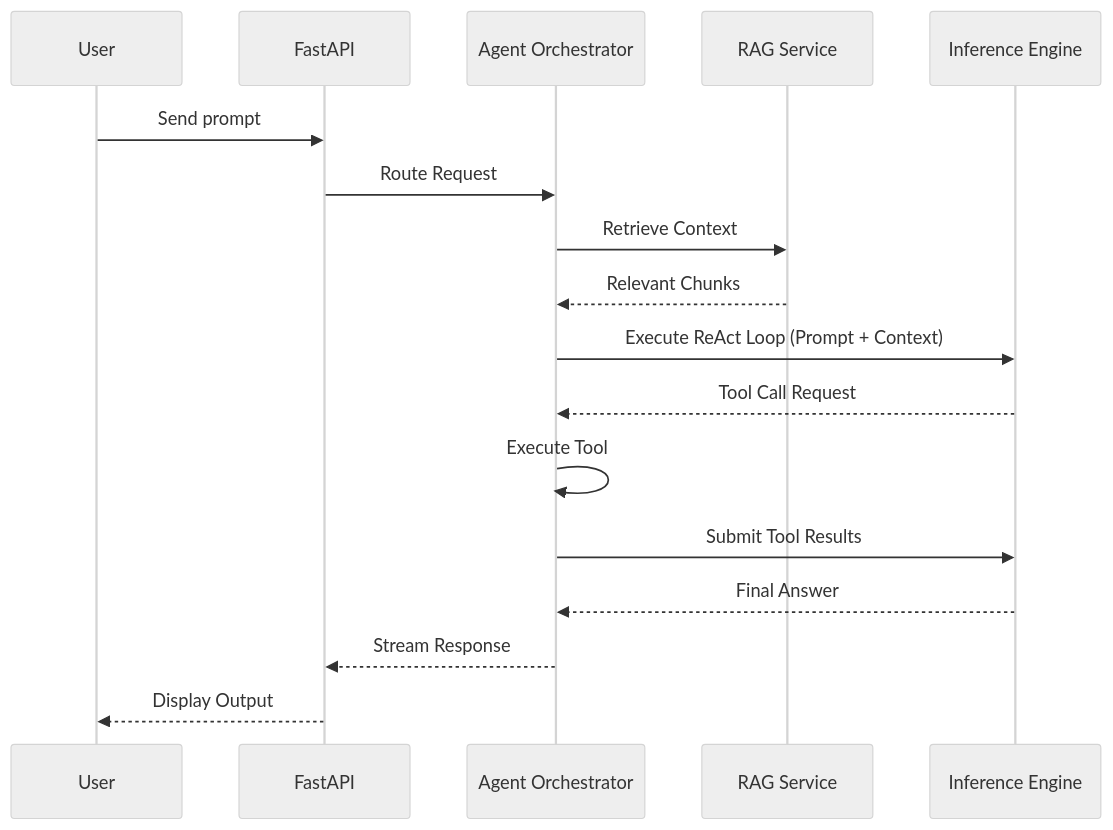
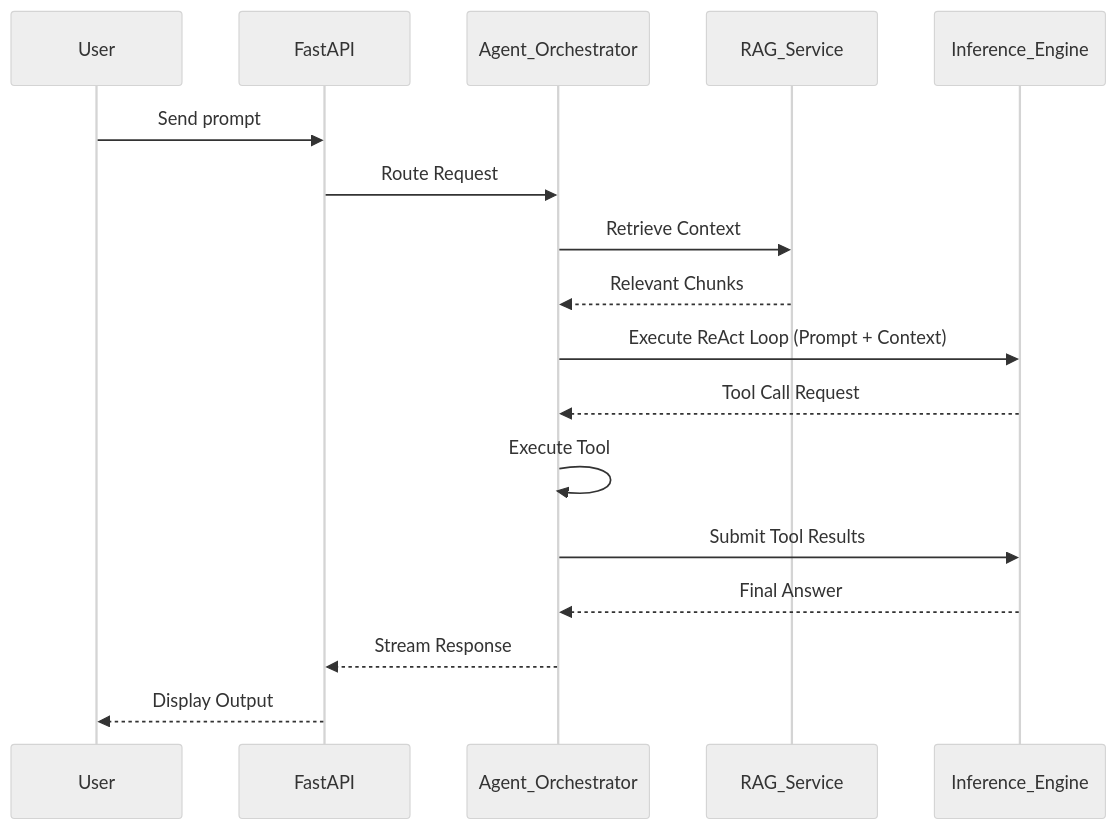
One commit to sudeshsudhii/OmniSLM changed the second of 3 diagrams in README.md. Above: the diagram before and after it, drawn with Mermaid (neutral theme). The commit also changed other lines of this file, not shown here.

Commit message:
docs: fix mermaid diagram syntax errors

````diff
--- a/README.md
+++ b/README.md
@@ -126,20 +126,20 @@
 ```mermaid
 sequenceDiagram
     participant User
     participant API as FastAPI
-    participant Orchestrator as Agent Orchestrator
-    participant RAG as RAG Service
-    participant LLM as Inference Engine
+    participant Orchestrator as Agent_Orchestrator
+    participant RAG as RAG_Service
+    participant LLM as Inference_Engine
     
     User->>API: Send prompt
     API->>Orchestrator: Route Request
     Orchestrator->>RAG: Retrieve Context
     RAG-->>Orchestrator: Relevant Chunks
     Orchestrator->>LLM: Execute ReAct Loop (Prompt + Context)
     LLM-->>Orchestrator: Tool Call Request
     Orchestrator->>Orchestrator: Execute Tool
     Orchestrator->>LLM: Submit Tool Results
     LLM-->>Orchestrator: Final Answer
     Orchestrator-->>API: Stream Response
     API-->>User: Display Output
 ```
````
